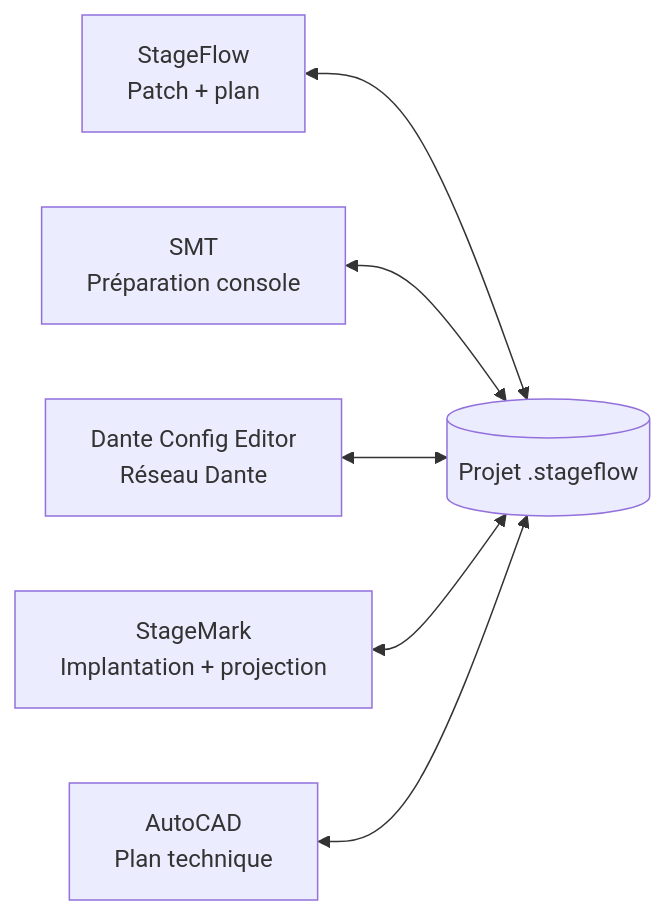
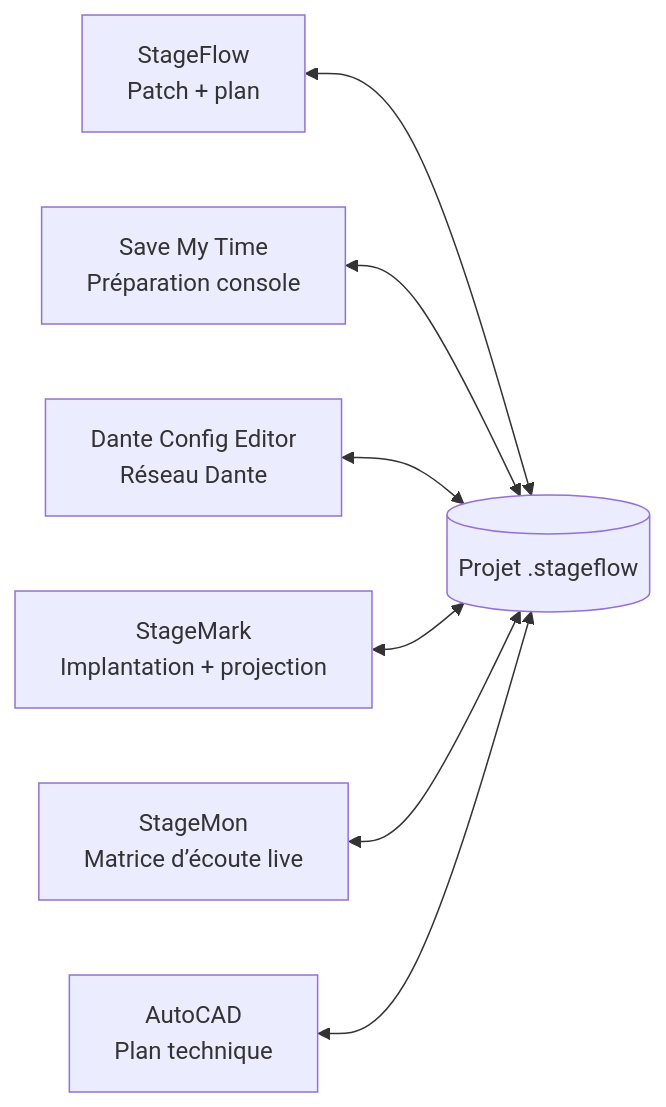
The diagram in README.md (Mamat79/StageMark), drawn with Mermaid before and after one commit. The commit also changed other lines of this file and 6 other files, not shown here.

```diff
--- a/README.md
+++ b/README.md
@@ -111,8 +114,9 @@
 ~~~mermaid
 flowchart LR
     SF["StageFlow<br/>Patch + plan"] <--> P[("Projet .stageflow")]
-    SMT["SMT<br/>Préparation console"] <--> P
+    SMT["Save My Time<br/>Préparation console"] <--> P
     DCE["Dante Config Editor<br/>Réseau Dante"] <--> P
     SM["StageMark<br/>Implantation + projection"] <--> P
+    MON["StageMon<br/>Matrice d’écoute live"] <--> P
     CAD["AutoCAD<br/>Plan technique"] <--> P
 ~~~
```
